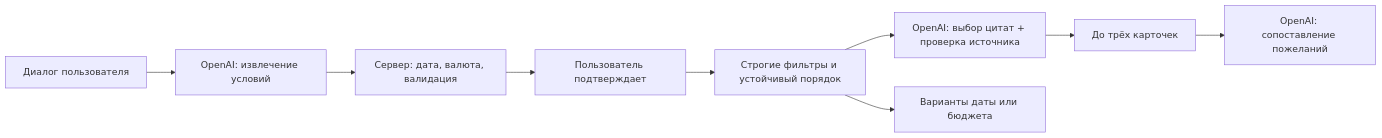
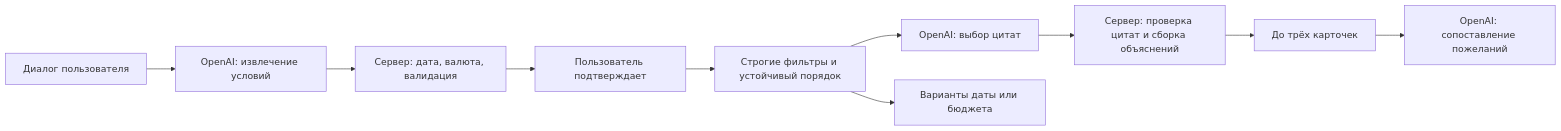
One commit to BAITC-Hacks/hack-4a3a9b1c-vibeops changed the diagram in README.md. Above: the diagram before and after it, drawn with Mermaid. The commit also changed other lines of this file and 2 other files, not shown here.

````diff
--- a/README.md
+++ b/README.md
@@ -90,11 +94,12 @@
 ```mermaid
 flowchart LR
   U[Диалог пользователя] --> B[OpenAI: извлечение условий]
   B --> V[Сервер: дата, валюта, валидация]
   V --> C[Пользователь подтверждает]
   C --> M[Строгие фильтры и устойчивый порядок]
-  M --> E[OpenAI: выбор цитат + проверка источника]
-  E --> R[До трёх карточек]
+  M --> E[OpenAI: выбор цитат]
+  E --> Q[Сервер: проверка цитат и сборка объяснений]
+  Q --> R[До трёх карточек]
   M --> A[Варианты даты или бюджета]
   R --> P[OpenAI: сопоставление пожеланий]
 ```
````
